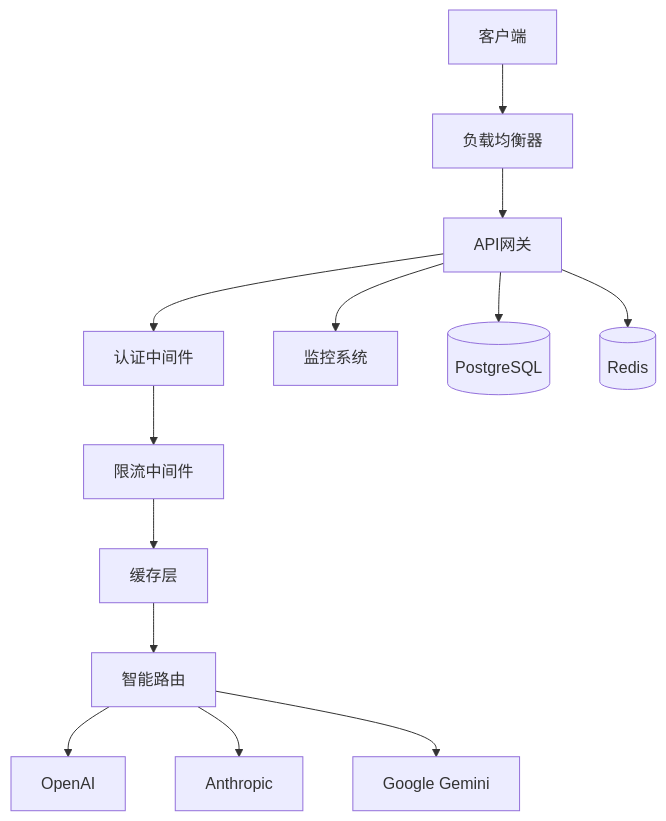
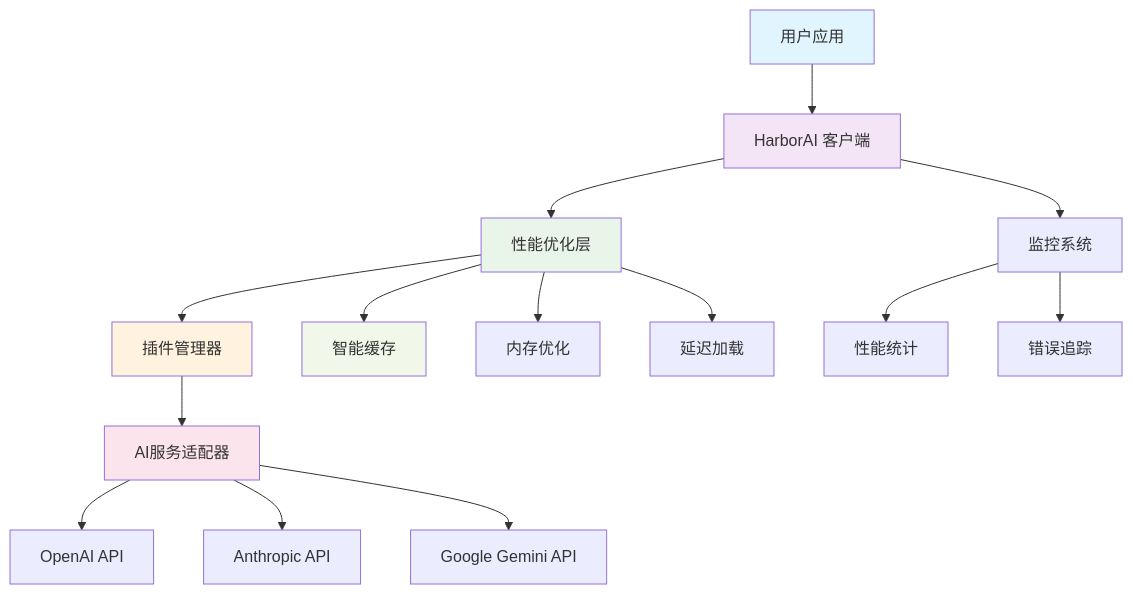
One commit to ailijian/harborai changed the diagram in README.md. Above: the diagram before and after it, drawn with Mermaid. The commit also changed other lines of this file and 87 other files, not shown here.

````diff
--- a/README.md
+++ b/README.md
@@ -444,15 +735,26 @@
 ```mermaid
 graph TB
-    Client[客户端] --> LB[负载均衡器]
-    LB --> API[API网关]
-    API --> Auth[认证中间件]
-    Auth --> RateLimit[限流中间件]
-    RateLimit --> Cache[缓存层]
-    Cache --> Router[智能路由]
-    Router --> OpenAI[OpenAI]
-    Router --> Anthropic[Anthropic]
-    Router --> Google[Google Gemini]
-    API --> Monitor[监控系统]
-    API --> DB[(PostgreSQL)]
-    API --> Redis[(Redis)]
+    A[用户应用] --> B[HarborAI 客户端]
+    B --> C[性能优化层]
+    C --> D[插件管理器]
+    D --> E[AI服务适配器]
+    
+    E --> F[OpenAI API]
+    E --> G[Anthropic API]
+    E --> H[Google Gemini API]
+    
+    C --> I[智能缓存]
+    C --> J[内存优化]
+    C --> K[延迟加载]
+    
+    B --> L[监控系统]
+    L --> M[性能统计]
+    L --> N[错误追踪]
+    
+    style A fill:#e1f5fe
+    style B fill:#f3e5f5
+    style C fill:#e8f5e8
+    style D fill:#fff3e0
+    style E fill:#fce4ec
+    style I fill:#f1f8e9
 ```
````
